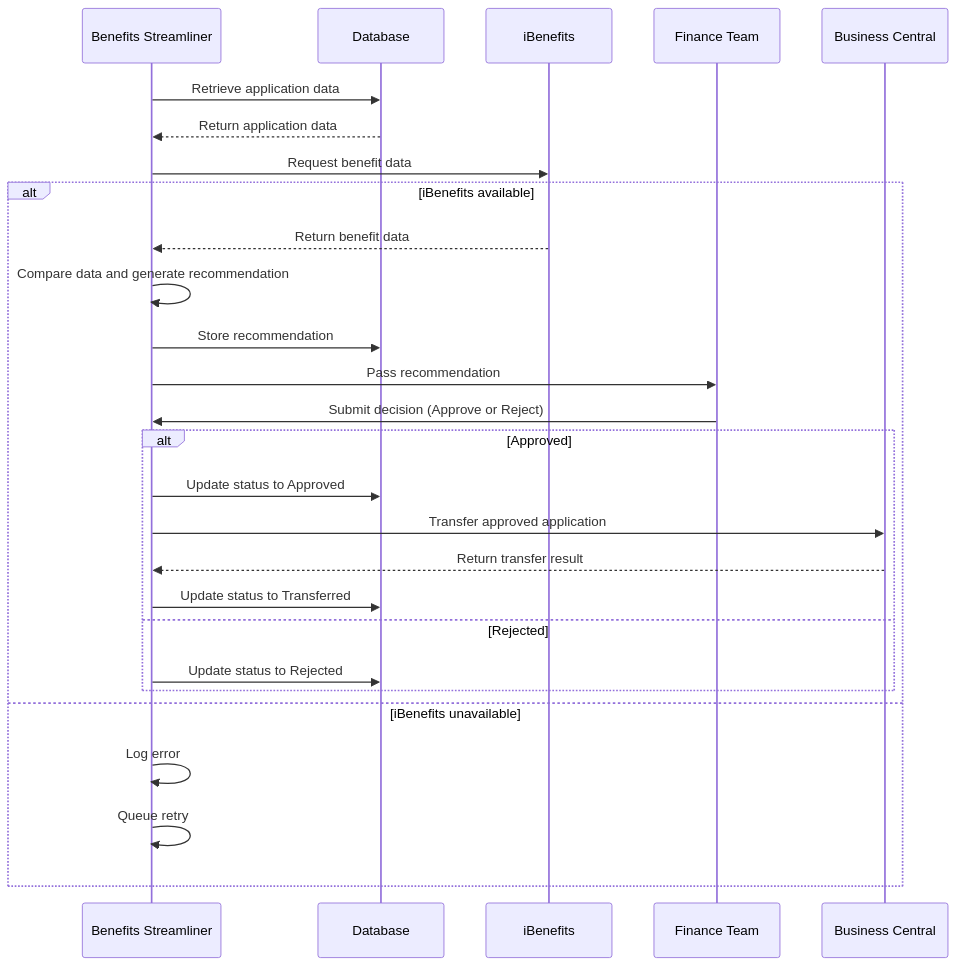
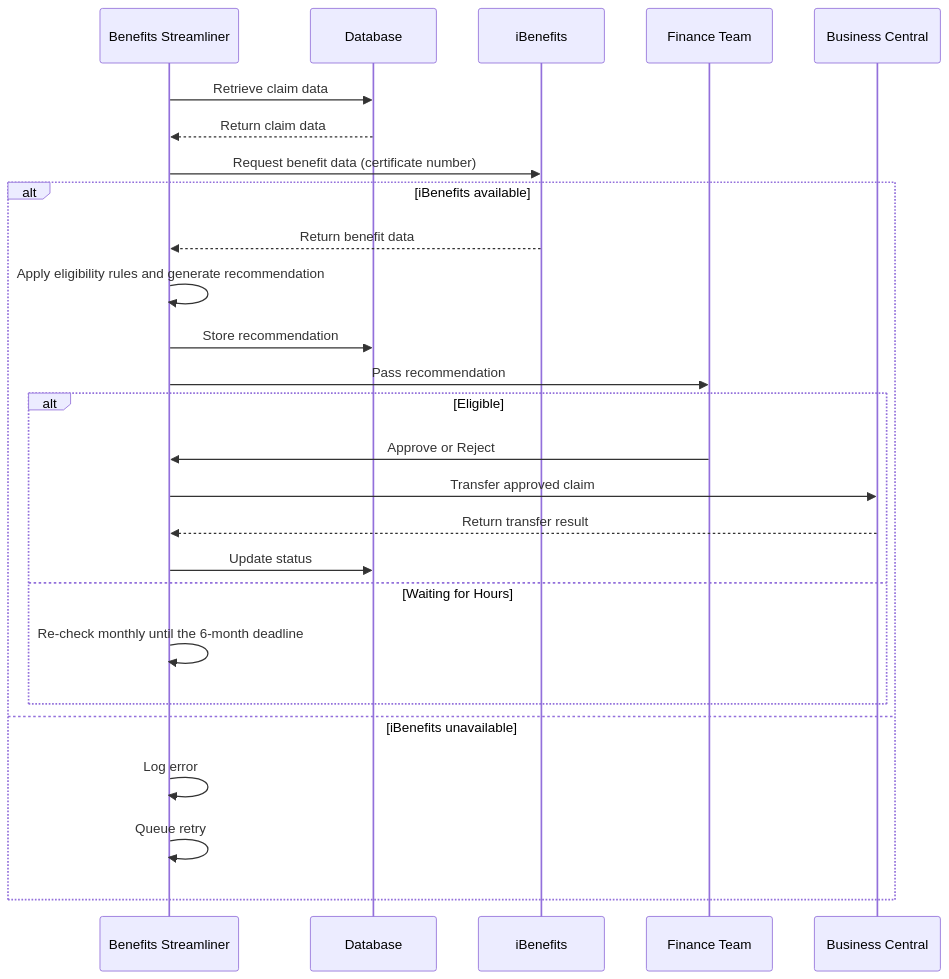
Before and after one commit to xavion-git/BenefitsStreamliner: the second of 2 diagrams in README.md, drawn with Mermaid. The commit also changed other lines of this file, not shown here.

````diff
--- a/README.md
+++ b/README.md
@@ -50,29 +81,28 @@
 ```mermaid
 sequenceDiagram
     participant BS as Benefits Streamliner
     participant DB as Database
     participant IB as iBenefits
     participant FT as Finance Team
     participant BC as Business Central
-    BS->>DB: Retrieve application data
-    DB-->>BS: Return application data
-    BS->>IB: Request benefit data
+    BS->>DB: Retrieve claim data
+    DB-->>BS: Return claim data
+    BS->>IB: Request benefit data (certificate number)
     alt iBenefits available
         IB-->>BS: Return benefit data
-        BS->>BS: Compare data and generate recommendation
+        BS->>BS: Apply eligibility rules and generate recommendation
         BS->>DB: Store recommendation
         BS->>FT: Pass recommendation
-        FT->>BS: Submit decision (Approve or Reject)
-        alt Approved
-            BS->>DB: Update status to Approved
-            BS->>BC: Transfer approved application
+        alt Eligible
+            FT->>BS: Approve or Reject
+            BS->>BC: Transfer approved claim
             BC-->>BS: Return transfer result
-            BS->>DB: Update status to Transferred
-        else Rejected
-            BS->>DB: Update status to Rejected
+            BS->>DB: Update status
+        else Waiting for Hours
+            BS->>BS: Re-check monthly until the 6-month deadline
         end
     else iBenefits unavailable
         BS->>BS: Log error
         BS->>BS: Queue retry
     end
 ```
````
